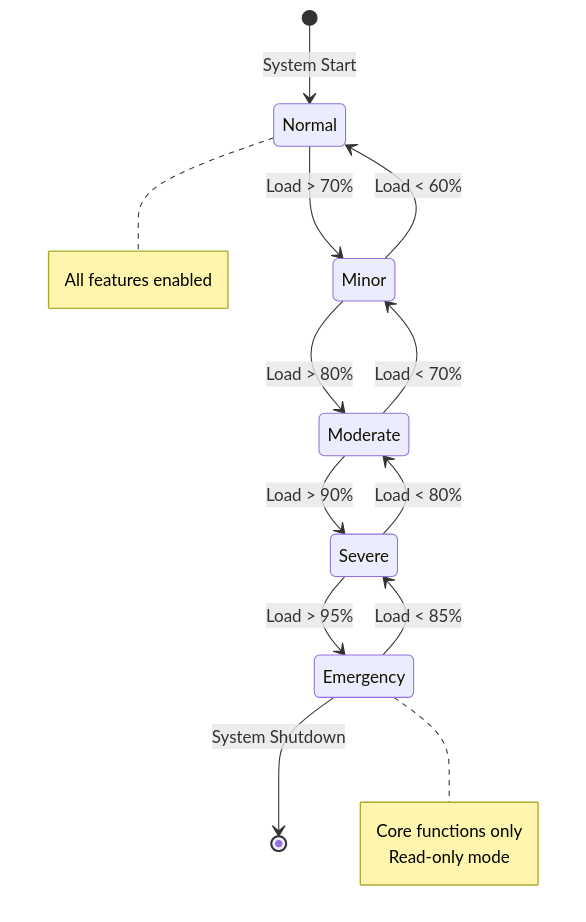
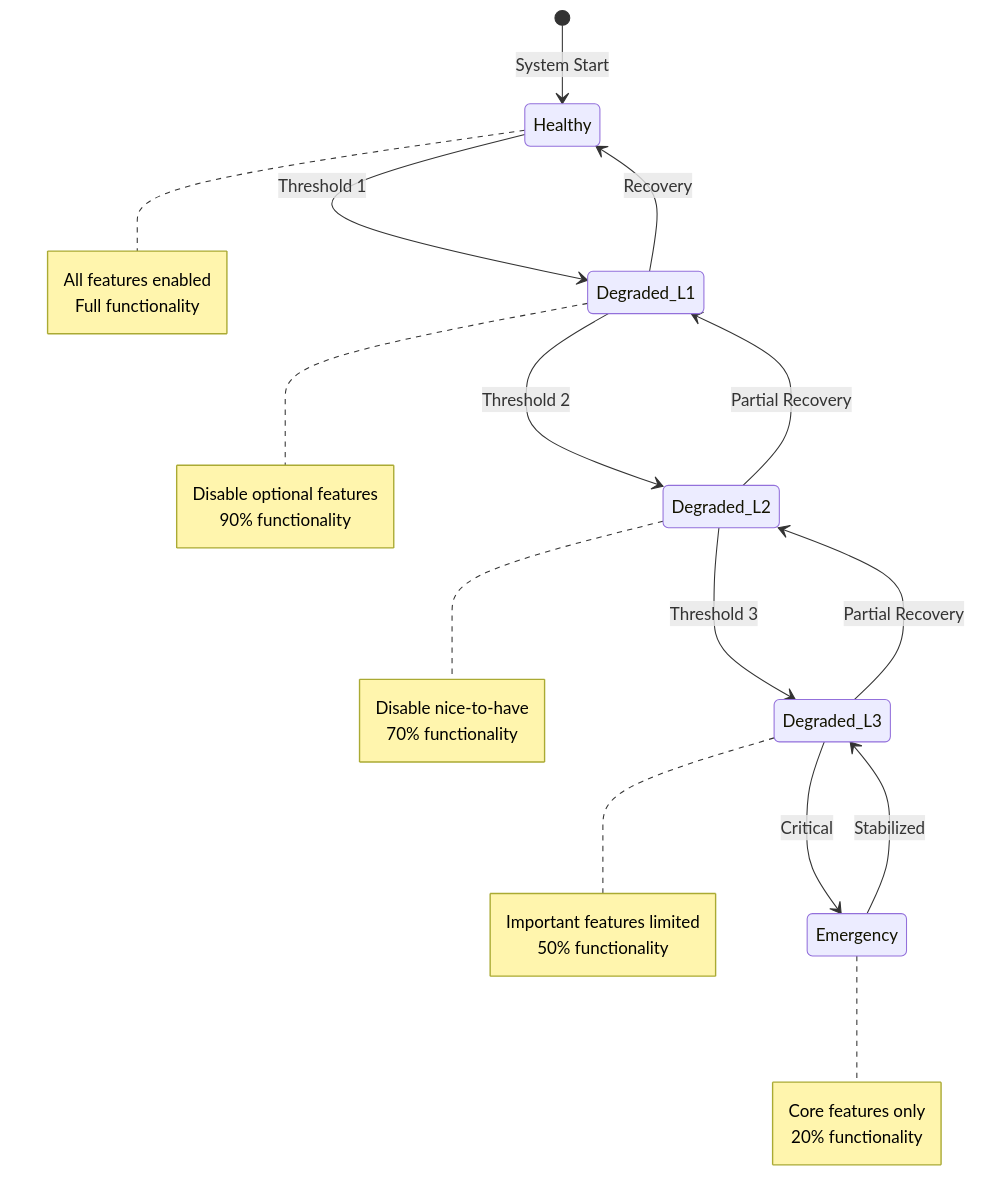
Before and after one commit to deepaucksharma/DStudio: the third of 7 diagrams in docs/pattern-library/resilience/graceful-degradation.md, drawn with Mermaid. The commit also changed other lines of this file and 119 other files, not shown here.

````diff
--- a/docs/pattern-library/resilience/graceful-degradation.md
+++ b/docs/pattern-library/resilience/graceful-degradation.md
@@ -173,27 +152,22 @@
 ```mermaid
 stateDiagram-v2
-    [*] --> Normal: System Start
+    [*] --> Healthy: System Start
     
-    Normal --> Minor: Load > 70%
-    Minor --> Normal: Load < 60%
+    Healthy --> Degraded_L1: Threshold 1
+    Degraded_L1 --> Healthy: Recovery
     
-    Minor --> Moderate: Load > 80%
-    Moderate --> Minor: Load < 70%
+    Degraded_L1 --> Degraded_L2: Threshold 2
+    Degraded_L2 --> Degraded_L1: Partial Recovery
     
-    Moderate --> Severe: Load > 90%
-    Severe --> Moderate: Load < 80%
+    Degraded_L2 --> Degraded_L3: Threshold 3
+    Degraded_L3 --> Degraded_L2: Partial Recovery
     
-    Severe --> Emergency: Load > 95%
-    Emergency --> Severe: Load < 85%
+    Degraded_L3 --> Emergency: Critical
+    Emergency --> Degraded_L3: Stabilized
     
-    Emergency --> [*]: System Shutdown
-    
-    note right of Normal
-        All features enabled
-    end note
-    
-    note right of Emergency
-        Core functions only
-        Read-only mode
-    end note
+    note right of Healthy: All features enabled<br/>Full functionality
+    note right of Degraded_L1: Disable optional features<br/>90% functionality
+    note right of Degraded_L2: Disable nice-to-have<br/>70% functionality
+    note right of Degraded_L3: Important features limited<br/>50% functionality
+    note right of Emergency: Core features only<br/>20% functionality
 ```
````
